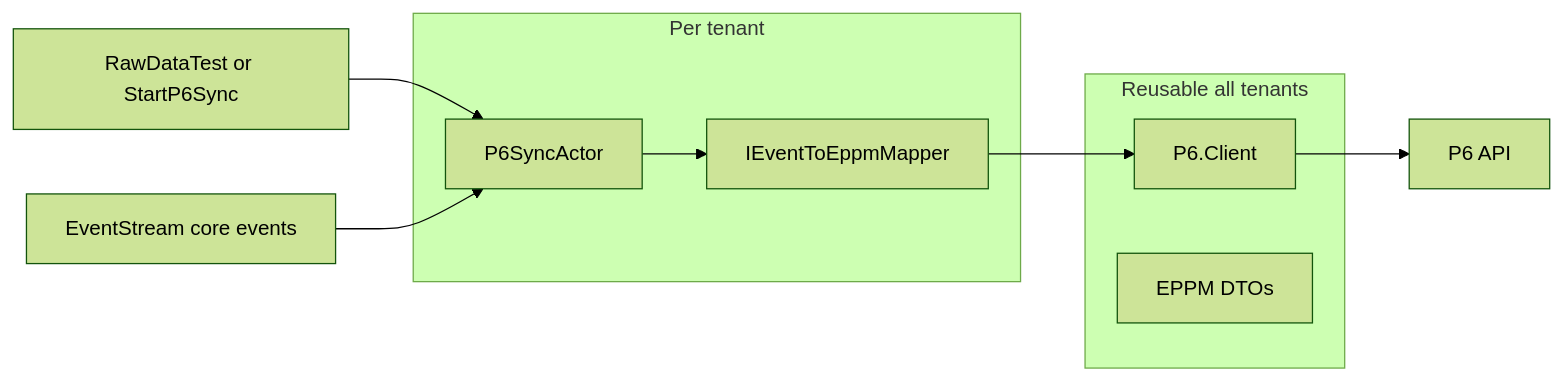
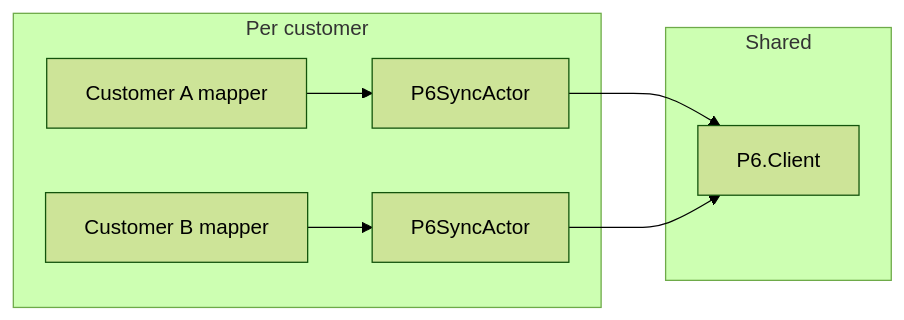
One commit to robbertF2P/Sandbox changed the fifth of 5 diagrams in docs/floor2plan-akka-actor-integration-design.md. Above: the diagram before and after it, drawn with Mermaid (forest theme). The commit also changed other lines of this file, not shown here.

````diff
--- a/docs/floor2plan-akka-actor-integration-design.md
+++ b/docs/floor2plan-akka-actor-integration-design.md
@@ -246,16 +166,16 @@
 ```mermaid
 flowchart LR
-  subgraph shared["Reusable all tenants"]
+  subgraph shared["Shared"]
     CLIENT["P6.Client"]
-    DTO["EPPM DTOs"]
   end
 
-  subgraph tenant["Per tenant"]
-    MAP["IEventToEppmMapper"]
-    ACTOR["P6SyncActor"]
+  subgraph customers["Per customer"]
+    M1["Customer A mapper"]
+    M2["Customer B mapper"]
+    A1["P6SyncActor"]
+    A2["P6SyncActor"]
   end
 
-  START["RawDataTest or StartP6Sync"] --> ACTOR
-  BUS["EventStream core events"] --> ACTOR
-  ACTOR --> MAP --> CLIENT --> P6API["P6 API"]
+  M1 --> A1 --> CLIENT
+  M2 --> A2 --> CLIENT
 ```
````
